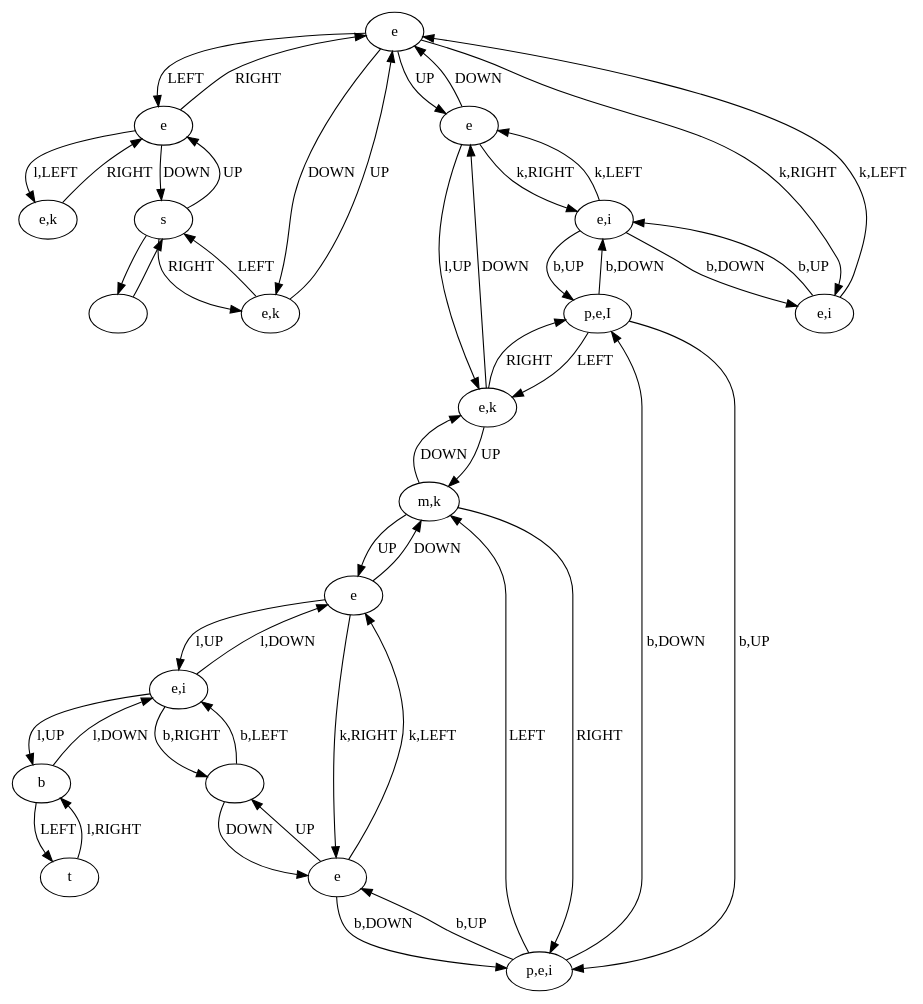
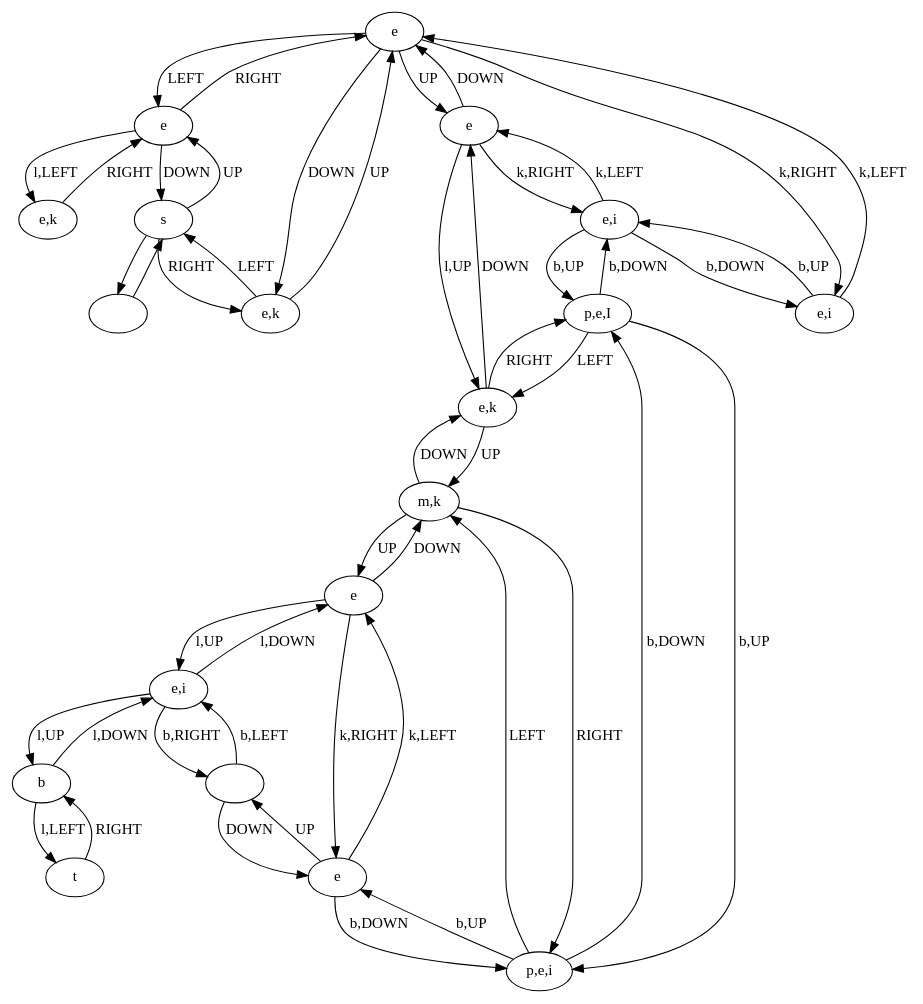
The diagram in data/VGLC/Zelda/Graph Processed/tloz2_1_flip.dot (schrum2/MM-NEAT), drawn with Graphviz before and after one commit.

Commit message:
Fix Dungeon 2 soft-lock #403

```diff
--- a/data/VGLC/Zelda/Graph Processed/tloz2_1_flip.dot
+++ b/data/VGLC/Zelda/Graph Processed/tloz2_1_flip.dot
@@ -1,69 +1,69 @@
 digraph {
 0 [label="e"]
 1 [label="e"]
 2 [label="e"]
 3 [label="e,i"]
 4 [label="e,k"]
 5 [label="e,i"]
 6 [label="m,k"]
 7 [label="p,e,I"]
 8 [label=""]
 9 [label="p,e,i"]
 10 [label="e"]
 11 [label="b"]
 12 [label="t"]
 13 [label="s"]
 14 [label=""]
 15 [label="e,k"]
 16 [label="e,k"]
 17 [label="e,i"]
 18 [label="e"]
 14 -> 13 [label=""]
 13 -> 14 [label=""]
 13 -> 16 [label="RIGHT"]
 16 -> 13 [label="LEFT"]
 16 -> 0 [label="UP"]
 0 -> 16 [label="DOWN"]
 0 -> 1 [label="LEFT"]
 1 -> 0 [label="RIGHT"]
 2 -> 0 [label="DOWN"]
 0 -> 2 [label="UP"]
 7 -> 4 [label="LEFT"]
 4 -> 7 [label="RIGHT"]
 6 -> 9 [label="RIGHT"]
 9 -> 6 [label="LEFT"]
 6 -> 18 [label="UP"]
 18 -> 6 [label="DOWN"]
 10 -> 8 [label="UP"]
 8 -> 10 [label="DOWN"]
 13 -> 1 [label="UP"]
 1 -> 13 [label="DOWN"]
 6 -> 4 [label="DOWN"]
 4 -> 6 [label="UP"]
 3 -> 5 [label="b,UP"]
 5 -> 3 [label="b,DOWN"]
 5 -> 7 [label="b,UP"]
 7 -> 5 [label="b,DOWN"]
 7 -> 9 [label="b,UP"]
 9 -> 7 [label="b,DOWN"]
 9 -> 10 [label="b,UP"]
 10 -> 9 [label="b,DOWN"]
 15 -> 1 [label="RIGHT"]
 1 -> 15 [label="l,LEFT"]
 4 -> 2 [label="DOWN"]
 2 -> 4 [label="l,UP"]
-11 -> 12 [label="LEFT"]
-12 -> 11 [label="l,RIGHT"]
+11 -> 12 [label="l,LEFT"]
+12 -> 11 [label="RIGHT"]
 18 -> 10 [label="k,RIGHT"]
 10 -> 18 [label="k,LEFT"]
 2 -> 5 [label="k,RIGHT"]
 5 -> 2 [label="k,LEFT"]
 0 -> 3 [label="k,RIGHT"]
 3 -> 0 [label="k,LEFT"]
 8 -> 17 [label="b,LEFT"]
 17 -> 8 [label="b,RIGHT"]
 11 -> 17 [label="l,DOWN"]
 17 -> 11 [label="l,UP"]
 17 -> 18 [label="l,DOWN"]
 18 -> 17 [label="l,UP"]
 }
```
